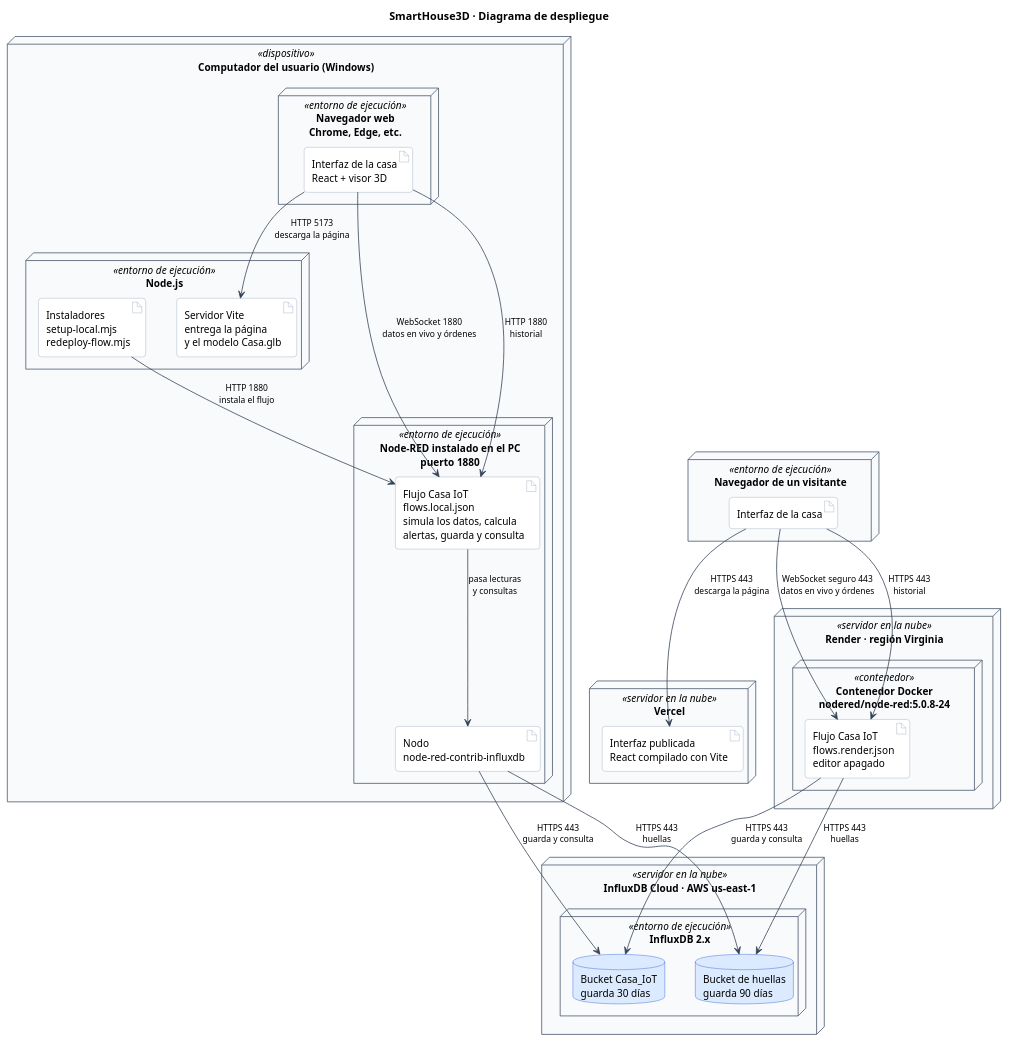
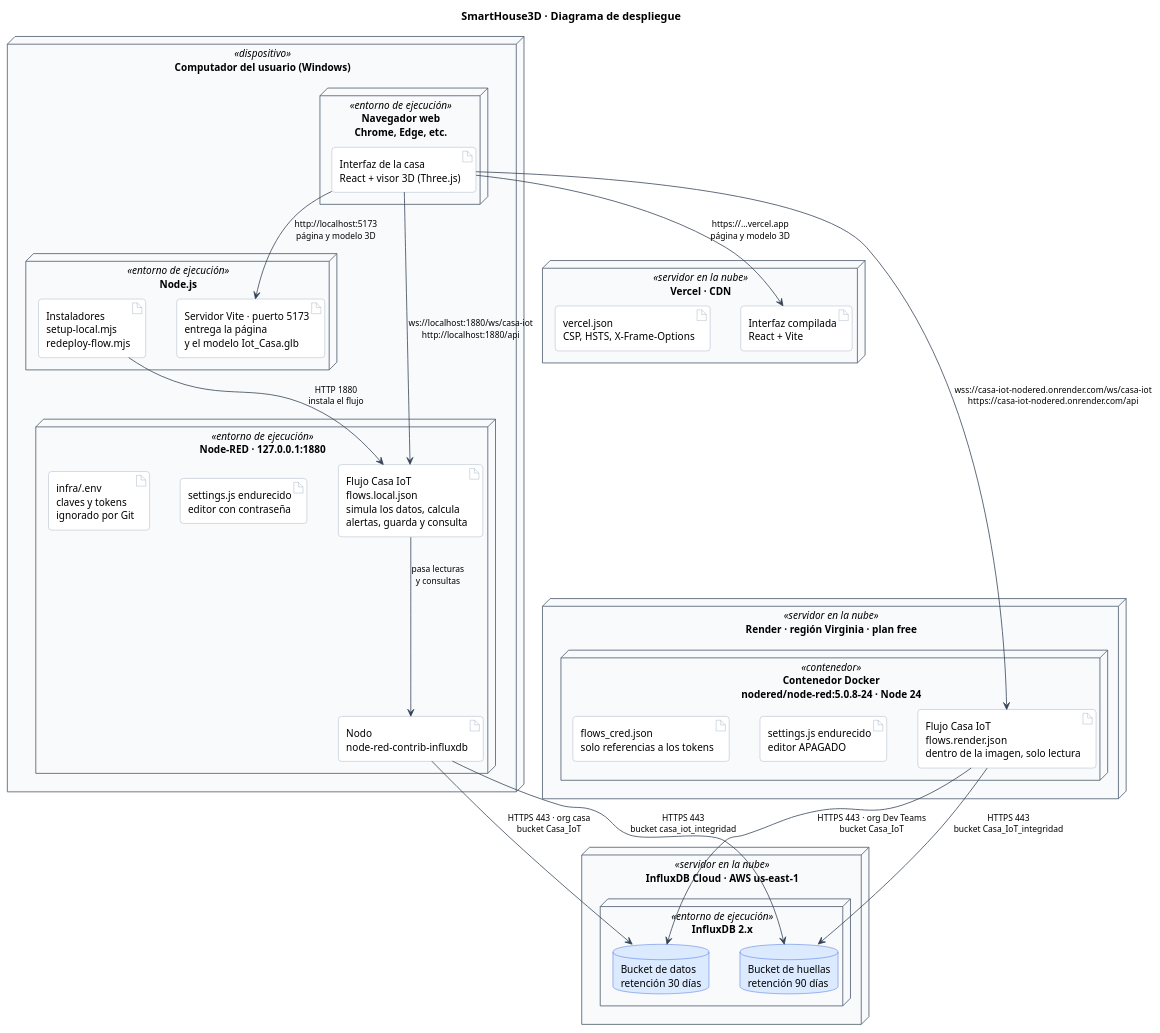
The diagram in docs/diagramas/despliegue.puml (WilderG2004/SmartHouse3D), drawn with PlantUML before and after one commit. The commit also changed 1 other file, not shown here.

Commit message:
Despliegue: fiel al codigo, un solo navegador
Correcciones sobre la version anterior:

- Fuera el "navegador de un visitante": era un nodo inventado. Hay un
  solo navegador, el del usuario, y desde el salen las dos rutas, la
  local y la publicada.
- El modelo 3D vuelve a llamarse Iot_Casa.glb (public/Iot_Casa.glb);
  lo habia renombrado mal.
- Rutas y puertos reales: 5173 de vite.config.ts, /ws/casa-iot y /api
  de build-flows.mts, y los hosts de vercel.json
  (wss:// y https:// casa-iot-nodered.onrender.com).
- Artefactos reales en cada lado: settings.js, infra/.env y el nodo de
  InfluxDB en local; flows.render.json, settings.js y flows_cred.json
  dentro de la imagen en Render.
- Cada flecha a InfluxDB dice su organizacion y su bucket, que no son
  los mismos en local (casa / casa_iot_integridad) que en produccion
  (Dev Teams / Casa_IoT_integridad).

```diff
--- a/docs/diagramas/despliegue.puml
+++ b/docs/diagramas/despliegue.puml
@@ -1,84 +1,88 @@
 @startuml despliegue
-' Corregido contra el proyecto real:
-'   - El camino en uso es Node-RED instalado en el PC (flows.local.json) contra InfluxDB Cloud.
-'     Docker (flows.json, http://influxdb:8086) queda fuera: es opcional y no esta en marcha.
-'   - Se añade lo publicado: interfaz en Vercel y Node-RED en Render.
+' Comprobado contra el codigo:
+'   vite.config.ts            puerto 5173
+'   public/Iot_Casa.glb       modelo 3D
+'   infra/nodered/flows.local.json   Node-RED local -> InfluxDB Cloud
+'   render.yaml               servicio casa-iot-nodered, plan free, region virginia
+'   infra/nodered/Dockerfile.render  imagen nodered/node-red:5.0.8-24
+'   vercel.json               connect-src wss:// y https:// casa-iot-nodered.onrender.com
+'   build-flows.mts           WS_PATH /ws/casa-iot, API /api
+' Docker (infra/docker-compose.yml, flows.json -> http://influxdb:8086) queda fuera: es opcional.
 title SmartHouse3D · Diagrama de despliegue
 
 skinparam backgroundColor White
 skinparam shadowing false
 skinparam defaultFontName Helvetica
 skinparam defaultFontSize 13
 skinparam roundcorner 8
 skinparam ArrowColor #334155
 skinparam ArrowFontSize 11
 skinparam nodesep 40
-skinparam ranksep 60
+skinparam ranksep 65
 skinparam node {
   BackgroundColor #F8FAFC
   BorderColor #475569
 }
 skinparam artifact {
   BackgroundColor #FFFFFF
   BorderColor #94A3B8
 }
 skinparam database {
   BackgroundColor #DBEAFE
   BorderColor #1D4ED8
 }
 
 node "Computador del usuario (Windows)" <<dispositivo>> {
 
   node "Navegador web\nChrome, Edge, etc." <<entorno de ejecución>> {
-    artifact "Interfaz de la casa\nReact + visor 3D" as uiLocal
+    artifact "Interfaz de la casa\nReact + visor 3D (Three.js)" as ui
   }
 
   node "Node.js" <<entorno de ejecución>> {
-    artifact "Servidor Vite\nentrega la página\ny el modelo Casa.glb" as vite
+    artifact "Servidor Vite · puerto 5173\nentrega la página\ny el modelo Iot_Casa.glb" as vite
     artifact "Instaladores\nsetup-local.mjs\nredeploy-flow.mjs" as inst
   }
 
-  node "Node-RED instalado en el PC\npuerto 1880" <<entorno de ejecución>> {
+  node "Node-RED · 127.0.0.1:1880" <<entorno de ejecución>> {
     artifact "Flujo Casa IoT\nflows.local.json\nsimula los datos, calcula\nalertas, guarda y consulta" as flujoLocal
+    artifact "settings.js endurecido\neditor con contraseña" as settingsLocal
+    artifact "infra/.env\nclaves y tokens\nignorado por Git" as envLocal
     artifact "Nodo\nnode-red-contrib-influxdb" as nodoInflux
   }
 }
 
-node "Vercel" <<servidor en la nube>> {
-  artifact "Interfaz publicada\nReact compilado con Vite" as uiProd
+node "Vercel · CDN" <<servidor en la nube>> {
+  artifact "Interfaz compilada\nReact + Vite" as vercelUi
+  artifact "vercel.json\nCSP, HSTS, X-Frame-Options" as vercelCsp
 }
 
-node "Render · región Virginia" <<servidor en la nube>> {
-  node "Contenedor Docker\nnodered/node-red:5.0.8-24" <<contenedor>> {
-    artifact "Flujo Casa IoT\nflows.render.json\neditor apagado" as flujoProd
+node "Render · región Virginia · plan free" <<servidor en la nube>> {
+  node "Contenedor Docker\nnodered/node-red:5.0.8-24 · Node 24" <<contenedor>> {
+    artifact "Flujo Casa IoT\nflows.render.json\ndentro de la imagen, solo lectura" as flujoProd
+    artifact "settings.js endurecido\neditor APAGADO" as settingsProd
+    artifact "flows_cred.json\nsolo referencias a los tokens" as credProd
   }
-}
-
-node "Navegador de un visitante" <<entorno de ejecución>> {
-  artifact "Interfaz de la casa" as uiVisitante
 }
 
 node "InfluxDB Cloud · AWS us-east-1" <<servidor en la nube>> {
   node "InfluxDB 2.x" <<entorno de ejecución>> {
-    database "Bucket Casa_IoT\nguarda 30 días" as bdatos
-    database "Bucket de huellas\nguarda 90 días" as bhuellas
+    database "Bucket de datos\nretención 30 días" as bdatos
+    database "Bucket de huellas\nretención 90 días" as bhuellas
   }
 }
 
-' ── en el equipo del usuario ──
-uiLocal --> vite : "HTTP 5173\ndescarga la página"
-uiLocal --> flujoLocal : "WebSocket 1880\ndatos en vivo y órdenes"
-uiLocal --> flujoLocal : "HTTP 1880\nhistorial"
+' ── en desarrollo, todo en el mismo equipo ──
+ui --> vite : "http://localhost:5173\npágina y modelo 3D"
+ui --> flujoLocal : "ws://localhost:1880/ws/casa-iot\nhttp://localhost:1880/api"
 inst --> flujoLocal : "HTTP 1880\ninstala el flujo"
 flujoLocal --> nodoInflux : "pasa lecturas\ny consultas"
-nodoInflux --> bdatos : "HTTPS 443\nguarda y consulta"
-nodoInflux --> bhuellas : "HTTPS 443\nhuellas"
+nodoInflux --> bdatos : "HTTPS 443 · org casa\nbucket Casa_IoT"
+nodoInflux --> bhuellas : "HTTPS 443\nbucket casa_iot_integridad"
 
-' ── publicado en internet ──
-uiVisitante --> uiProd : "HTTPS 443\ndescarga la página"
-uiVisitante --> flujoProd : "WebSocket seguro 443\ndatos en vivo y órdenes"
-uiVisitante --> flujoProd : "HTTPS 443\nhistorial"
-flujoProd --> bdatos : "HTTPS 443\nguarda y consulta"
-flujoProd --> bhuellas : "HTTPS 443\nhuellas"
+' ── publicado: el mismo navegador contra la nube ──
+ui --> vercelUi : "https://…vercel.app\npágina y modelo 3D"
+ui --> flujoProd : "wss://casa-iot-nodered.onrender.com/ws/casa-iot\nhttps://casa-iot-nodered.onrender.com/api"
+flujoProd --> bdatos : "HTTPS 443 · org Dev Teams\nbucket Casa_IoT"
+flujoProd --> bhuellas : "HTTPS 443\nbucket Casa_IoT_integridad"
 
 @enduml
```
